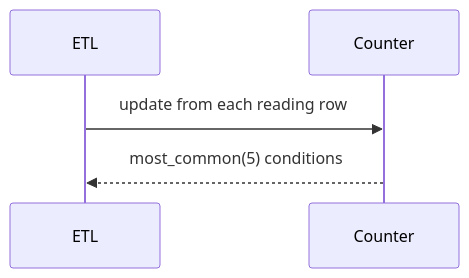
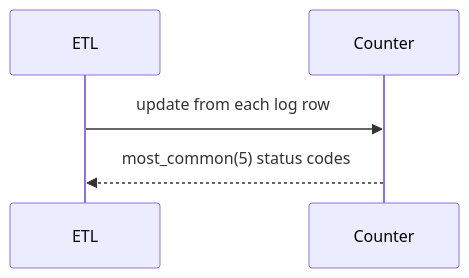
Before and after one commit to qgjones9/python-programming-guide: the fourth of 6 diagrams in docs/dsa/data-structures/hash-table/index.md, drawn with Mermaid. The commit also changed other lines of this file and 31 other files, not shown here.

````diff
--- a/docs/dsa/data-structures/hash-table/index.md
+++ b/docs/dsa/data-structures/hash-table/index.md
@@ -478,7 +477,7 @@
 ```mermaid
 sequenceDiagram
-  participant ETL
-  participant C as Counter
-  ETL->>C: update from each reading row
-  C-->>ETL: most_common(5) conditions
+ participant ETL
+ participant C as Counter
+ ETL->>C: update from each log row
+ C-->>ETL: most_common(5) status codes
 ```
````
